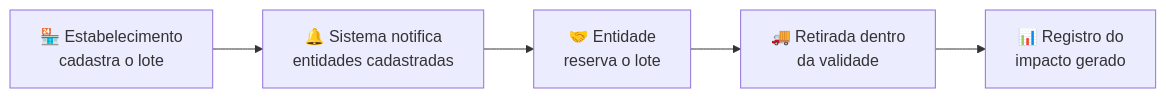
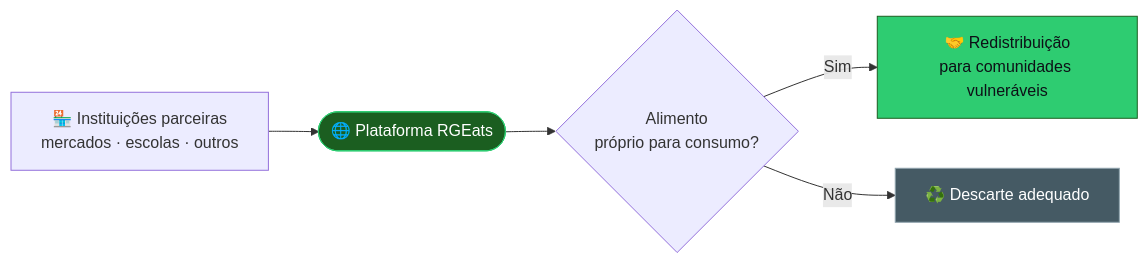
The diagram in README.md (jose9821/TCC), drawn with Mermaid before and after one commit. The commit also changed other lines of this file, not shown here.

````diff
--- a/README.md
+++ b/README.md
@@ -82,7 +76,11 @@
 ```mermaid
 flowchart LR
-    A["🏪 Estabelecimento<br>cadastra o lote"] --> B["🔔 Sistema notifica<br>entidades cadastradas"]
-    B --> C["🤝 Entidade<br>reserva o lote"]
-    C --> D["🚚 Retirada dentro<br>da validade"]
-    D --> E["📊 Registro do<br>impacto gerado"]
+    A["🏪 Instituições parceiras<br/>mercados · escolas · outros"] --> B(["🌐 Plataforma RGEats"])
+    B --> C{"Alimento<br/>próprio para consumo?"}
+    C -- Sim --> D["🤝 Redistribuição<br/>para comunidades vulneráveis"]
+    C -- Não --> E["♻️ Descarte adequado"]
+
+    style B fill:#1B5E20,stroke:#2ECC71,color:#fff
+    style D fill:#2ECC71,stroke:#1B5E20,color:#0D1117
+    style E fill:#455A64,stroke:#90A4AE,color:#fff
 ```
````
